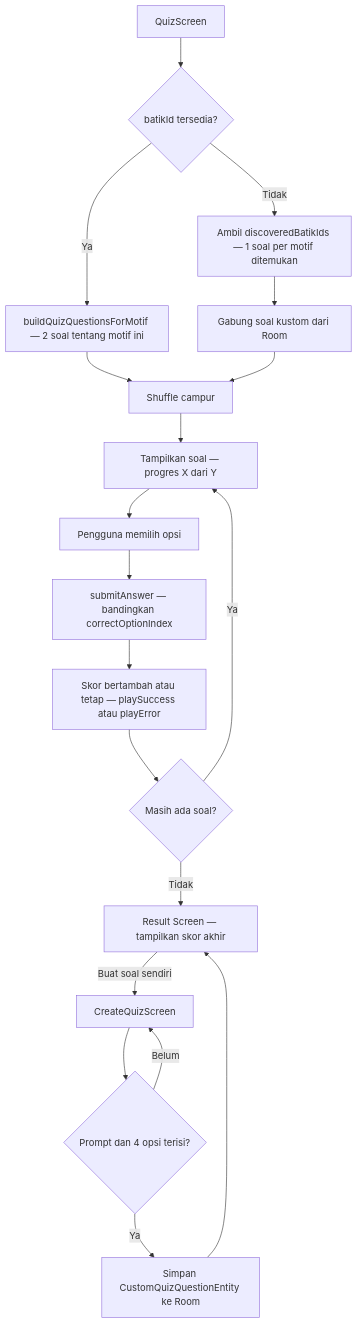
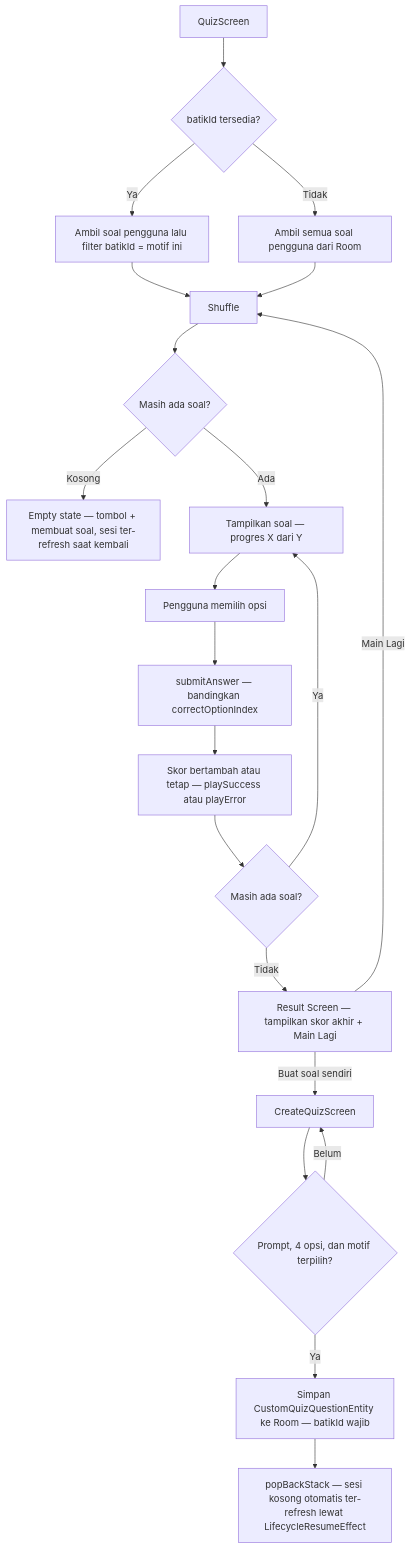
Before and after one commit to JailaniGans/Jelajah-batik-jambi-AR: the fourth of 8 diagrams in README.md, drawn with Mermaid. The commit also changed other lines of this file and 2 other files, not shown here.

````diff
--- a/README.md
+++ b/README.md
@@ -237,21 +245,23 @@
 ```mermaid
 flowchart TD
     Q0["QuizScreen"] --> MODE{"batikId tersedia?"}
-    MODE -->|Ya| QS["buildQuizQuestionsForMotif — 2 soal tentang motif ini"]
-    MODE -->|Tidak| QA["Ambil discoveredBatikIds — 1 soal per motif ditemukan"]
-    QA --> QC["Gabung soal kustom dari Room"]
-    QS --> SH["Shuffle campur"]
-    QC --> SH
-    SH --> ANS["Tampilkan soal — progres X dari Y"]
+    MODE -->|Ya| QS["Ambil soal pengguna lalu filter batikId = motif ini"]
+    MODE -->|Tidak| QA["Ambil semua soal pengguna dari Room"]
+    QS --> SH["Shuffle"]
+    QA --> SH
+    SH --> EMPTY{"Masih ada soal?"}
+    EMPTY -->|Kosong| ES["Empty state — tombol + membuat soal, sesi ter-refresh saat kembali"]
+    EMPTY -->|Ada| ANS["Tampilkan soal — progres X dari Y"]
     ANS --> PICK["Pengguna memilih opsi"]
     PICK --> SUB["submitAnswer — bandingkan correctOptionIndex"]
     SUB --> SCORE["Skor bertambah atau tetap — playSuccess atau playError"]
     SCORE --> MORE{"Masih ada soal?"}
     MORE -->|Ya| ANS
-    MORE -->|Tidak| RES["Result Screen — tampilkan skor akhir"]
+    MORE -->|Tidak| RES["Result Screen — tampilkan skor akhir + Main Lagi"]
+    RES -->|Main Lagi| SH
     RES -->|Buat soal sendiri| CQ["CreateQuizScreen"]
-    CQ --> VAL{"Prompt dan 4 opsi terisi?"}
+    CQ --> VAL{"Prompt, 4 opsi, dan motif terpilih?"}
     VAL -->|Belum| CQ
-    VAL -->|Ya| SAVED["Simpan CustomQuizQuestionEntity ke Room"]
-    SAVED --> RES
+    VAL -->|Ya| SAVED["Simpan CustomQuizQuestionEntity ke Room — batikId wajib"]
+    SAVED --> BACK["popBackStack — sesi kosong otomatis ter-refresh lewat LifecycleResumeEffect"]
 ```
````
